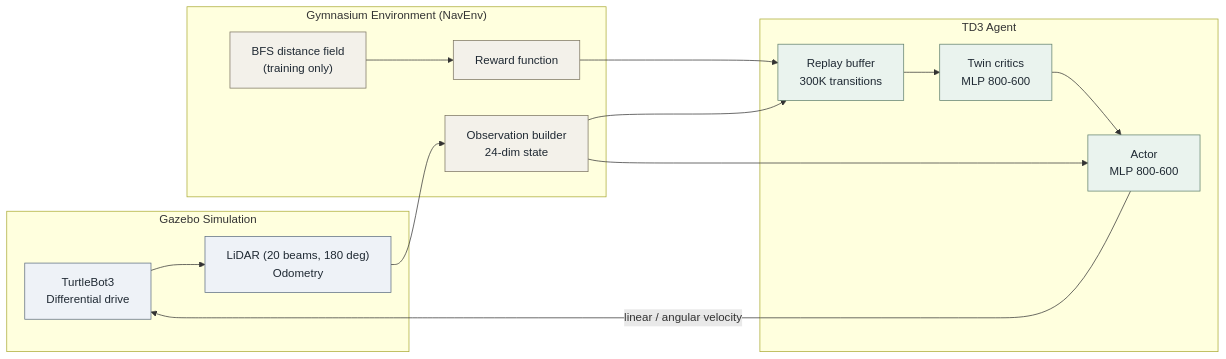
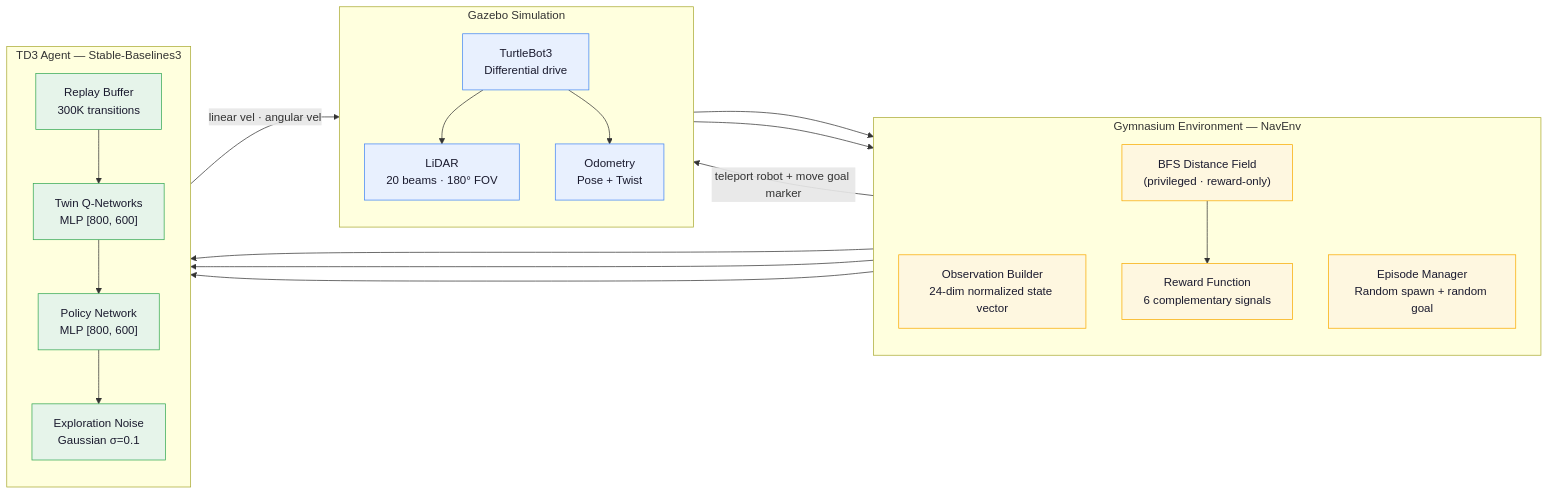
One commit to Satyajit-147/TD3-AutoNav changed the first of 2 diagrams in README.md. Above: the diagram before and after it, drawn with Mermaid. The commit also changed other lines of this file, not shown here.

Commit message:
Polish README: add badges, detailed explanations, architecture diagrams, and formatting

````diff
--- a/README.md
+++ b/README.md
@@ -35,36 +69,46 @@
 ```mermaid
 flowchart LR
     subgraph SIM["Gazebo Simulation"]
+        direction TB
         ROBOT["TurtleBot3<br/>Differential drive"]
-        SENSORS["LiDAR (20 beams, 180 deg)<br/>Odometry"]
+        LIDAR["LiDAR<br/>20 beams · 180° FOV"]
+        ODOM["Odometry<br/>Pose + Twist"]
+        ROBOT --> LIDAR
+        ROBOT --> ODOM
     end
 
-    subgraph ENV["Gymnasium Environment (NavEnv)"]
-        OBS["Observation builder<br/>24-dim state"]
-        REW["Reward function"]
-        BFS["BFS distance field<br/>(training only)"]
+    subgraph ENV["Gymnasium Environment — NavEnv"]
+        direction TB
+        OBS["Observation Builder<br/>24-dim normalized state vector"]
+        REW["Reward Function<br/>6 complementary signals"]
+        BFS["BFS Distance Field<br/>(privileged · reward-only)"]
+        RESET["Episode Manager<br/>Random spawn + random goal"]
     end
 
-    subgraph AGENT["TD3 Agent"]
-        BUF["Replay buffer<br/>300K transitions"]
-        CRITIC["Twin critics<br/>MLP 800-600"]
-        ACTOR["Actor<br/>MLP 800-600"]
+    subgraph AGENT["TD3 Agent — Stable-Baselines3"]
+        direction TB
+        BUFFER["Replay Buffer<br/>300K transitions"]
+        CRITIC["Twin Q-Networks<br/>MLP [800, 600]"]
+        ACTOR["Policy Network<br/>MLP [800, 600]"]
+        NOISE["Exploration Noise<br/>Gaussian σ=0.1"]
     end
 
-    ROBOT --> SENSORS
-    SENSORS --> OBS
+    LIDAR --> OBS
+    ODOM --> OBS
     BFS --> REW
-    OBS --> BUF
-    REW --> BUF
-    BUF --> CRITIC
+    OBS --> BUFFER
+    REW --> BUFFER
+    BUFFER --> CRITIC
     CRITIC --> ACTOR
     OBS --> ACTOR
-    ACTOR -- "linear / angular velocity" --> ROBOT
+    ACTOR --> NOISE
+    NOISE -- "linear vel · angular vel" --> ROBOT
+    RESET -- "teleport robot + move goal marker" --> ROBOT
 
-    classDef sim fill:#eef2f7,stroke:#5b6b7f,color:#1f2933;
-    classDef env fill:#f3f1ea,stroke:#7a7360,color:#1f2933;
-    classDef agent fill:#eaf3ee,stroke:#5f7f6b,color:#1f2933;
-    class ROBOT,SENSORS sim;
-    class OBS,REW,BFS env;
-    class BUF,CRITIC,ACTOR agent;
+    classDef sim fill:#e8f0fe,stroke:#4285f4,color:#1a1a2e
+    classDef env fill:#fef7e0,stroke:#f9ab00,color:#1a1a2e
+    classDef agent fill:#e6f4ea,stroke:#34a853,color:#1a1a2e
+    class ROBOT,LIDAR,ODOM sim
+    class OBS,REW,BFS,RESET env
+    class BUFFER,CRITIC,ACTOR,NOISE agent
 ```
````
